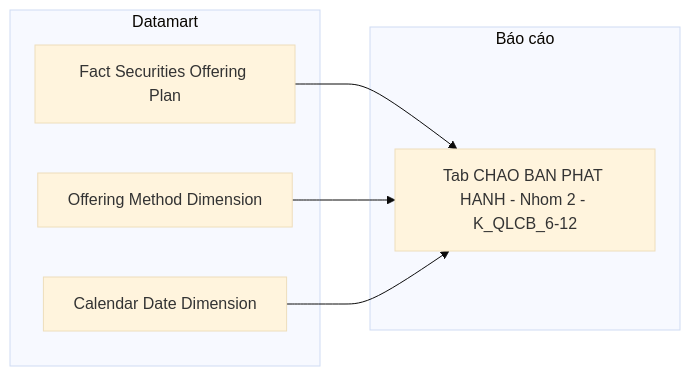
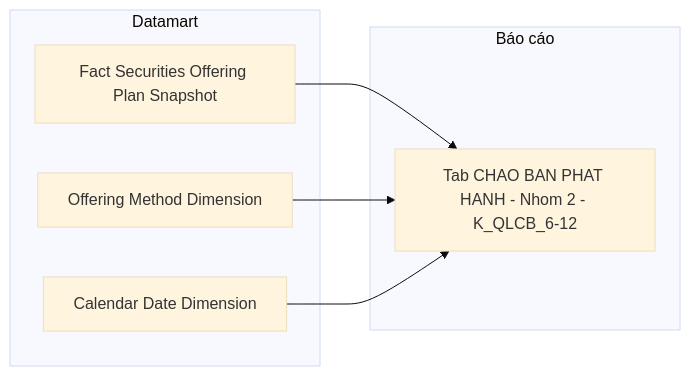
The ninth of 22 diagrams in Datamart/hld/DTM_QLCB_HLD.md (linhlvit/ubck_atomic_design), drawn with Mermaid (base theme) before and after one commit. The commit also changed other lines of this file and 70 other files, not shown here.

````diff
--- a/Datamart/hld/DTM_QLCB_HLD.md
+++ b/Datamart/hld/DTM_QLCB_HLD.md
@@ -442,14 +444,14 @@
 ```mermaid
 flowchart LR
     subgraph Datamart["Datamart"]
-        G1["Fact Securities Offering Plan"]
+        G1["Fact Securities Offering Plan Snapshot"]
         G3["Offering Method Dimension"]
         G4["Calendar Date Dimension"]
     end
     subgraph RPT["Báo cáo"]
         R2["Tab CHAO BAN PHAT HANH - Nhom 2 - K_QLCB_6-12"]
     end
     G1 --> R2
     G3 --> R2
     G4 --> R2
 ```
````
